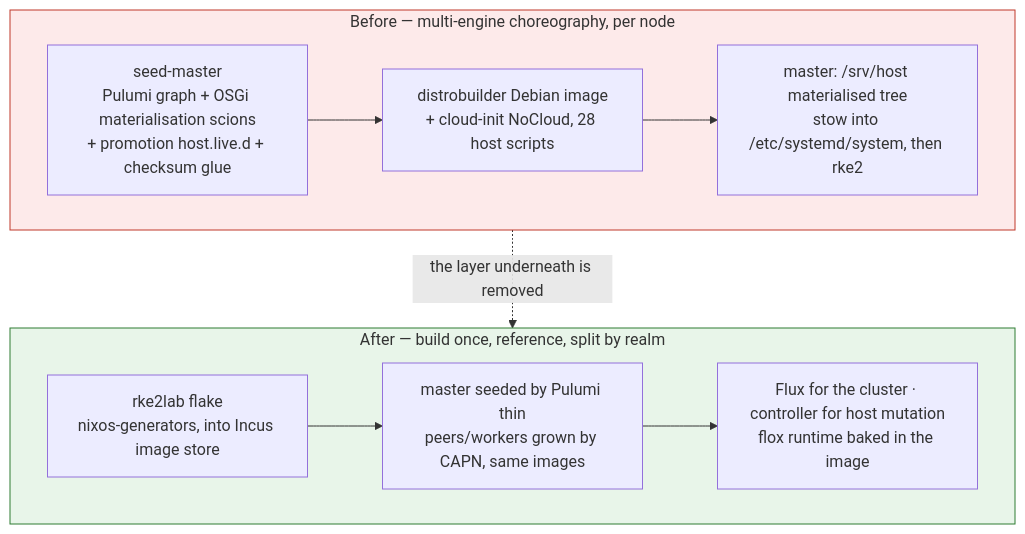
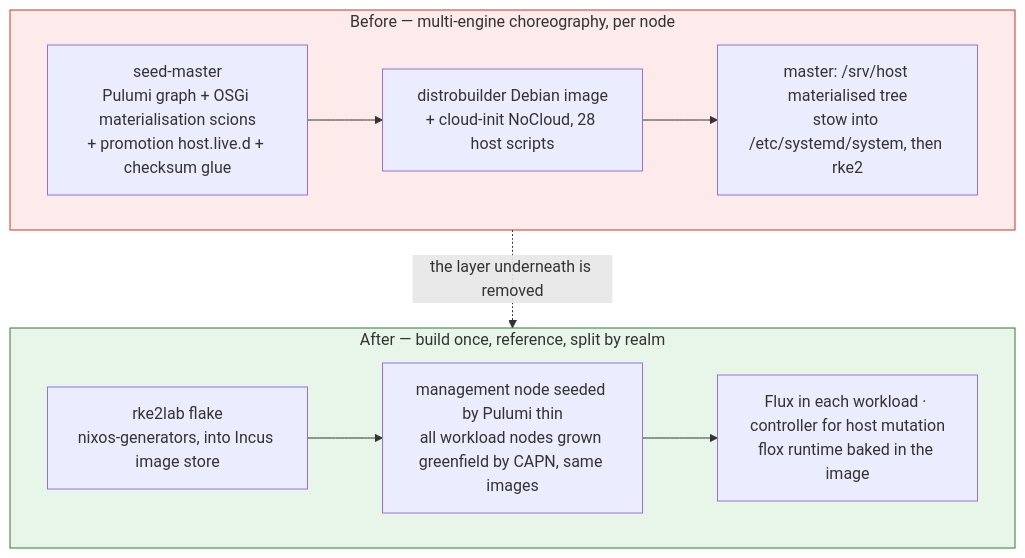
One commit to nxmatic/rke2lab changed the third of 5 diagrams in docs/architecture/nixos-substrate/target-vision.adoc. Above: the diagram before and after it, drawn with Mermaid. The commit also changed other lines of this file and 25 other files, not shown here.

First line of the commit message:
docs(architecture): reframe specs to management/workload separation

```diff
--- a/docs/architecture/nixos-substrate/target-vision.adoc
+++ b/docs/architecture/nixos-substrate/target-vision.adoc
@@ -278,20 +301,20 @@
 [mermaid]
 ----
 flowchart TB
   subgraph BEFORE[Before — multi-engine choreography, per node]
     b1["seed-master<br/>Pulumi graph + OSGi materialisation scions<br/>+ promotion host.live.d + checksum glue"]
     b2["distrobuilder Debian image<br/>+ cloud-init NoCloud, 28 host scripts"]
     b3["master: /srv/host materialised tree<br/>stow into /etc/systemd/system, then rke2"]
     b1 --> b2 --> b3
   end
   subgraph AFTER[After — build once, reference, split by realm]
     a1["rke2lab flake<br/>nixos-generators, into Incus image store"]
-    a2["master seeded by Pulumi thin<br/>peers/workers grown by CAPN, same images"]
-    a3["Flux for the cluster · controller for host mutation<br/>flox runtime baked in the image"]
+    a2["management node seeded by Pulumi thin<br/>all workload nodes grown greenfield by CAPN, same images"]
+    a3["Flux in each workload · controller for host mutation<br/>flox runtime baked in the image"]
     a1 --> a2 --> a3
   end
   BEFORE -.the layer underneath is removed.-> AFTER
 
   style BEFORE fill:#fdeaea,stroke:#c0392b
   style AFTER fill:#e8f5e9,stroke:#2e7d32
 ----
```
